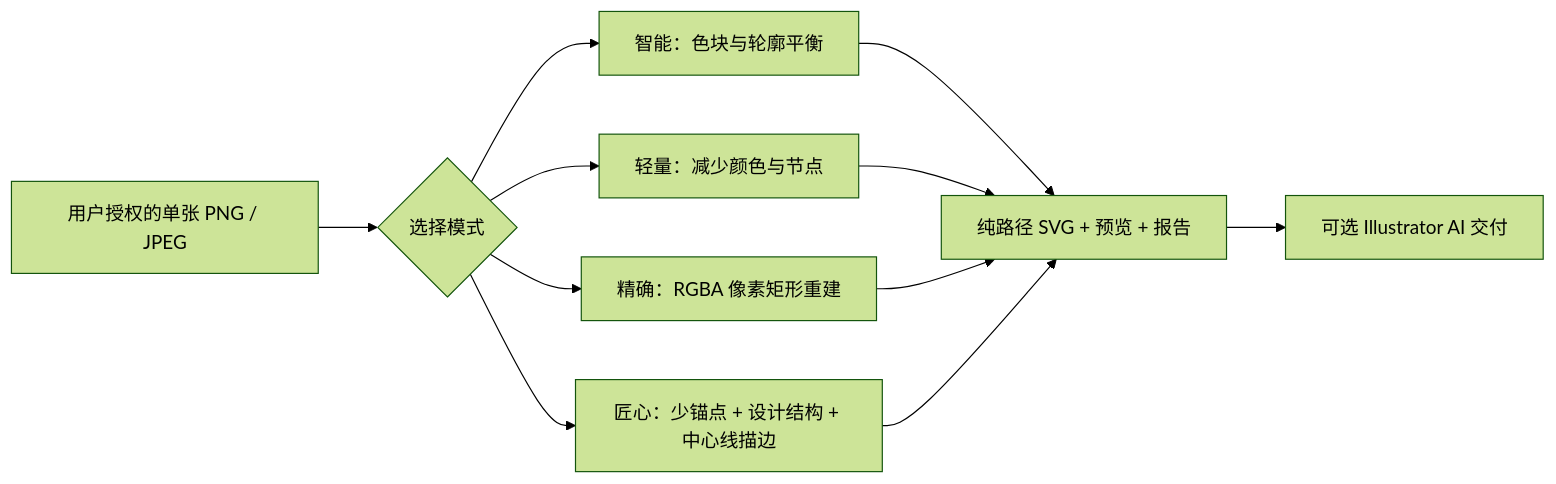
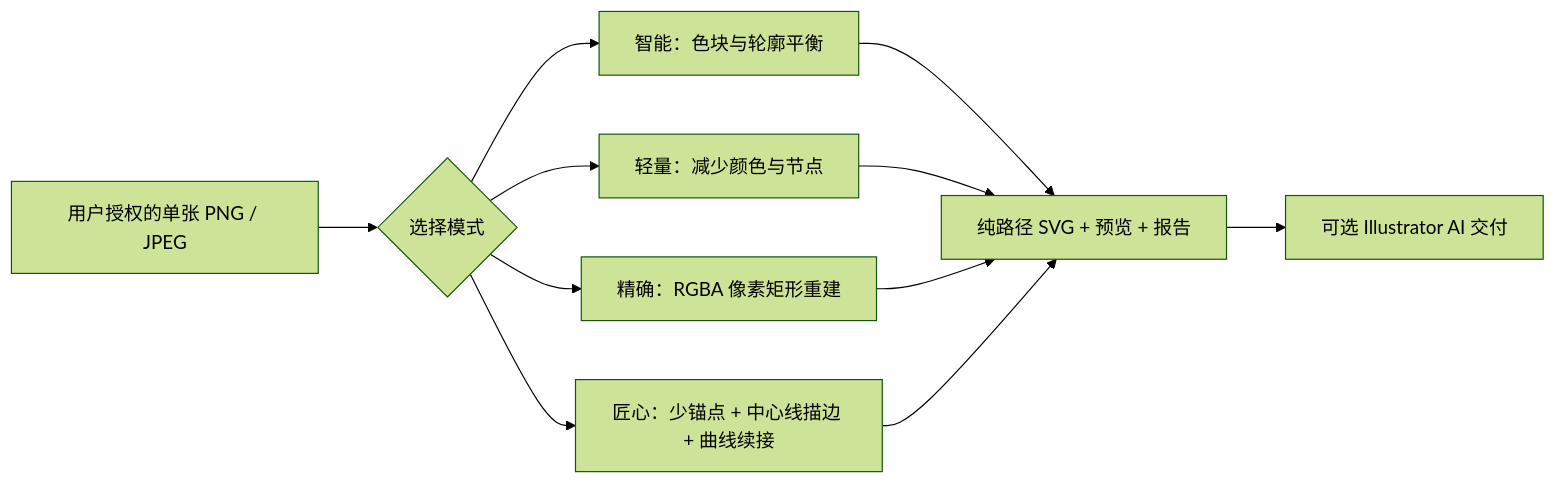
One commit to jianbaorui07-dot/Codex-Integration-with-Creative-Industry-Software changed the first of 2 diagrams in README.md. Above: the diagram before and after it, drawn with Mermaid (forest theme). The commit also changed other lines of this file and 8 other files, not shown here.

````diff
--- a/README.md
+++ b/README.md
@@ -14,13 +14,13 @@
 ```mermaid
 flowchart LR
   A["用户授权的单张 PNG / JPEG"] --> B{"选择模式"}
   B --> C["智能：色块与轮廓平衡"]
   B --> D["轻量：减少颜色与节点"]
   B --> E["精确：RGBA 像素矩形重建"]
-  B --> H["匠心：少锚点 + 设计结构 + 中心线描边"]
+  B --> H["匠心：少锚点 + 中心线描边 + 曲线续接"]
   C --> F["纯路径 SVG + 预览 + 报告"]
   D --> F
   E --> F
   H --> F
   F --> G["可选 Illustrator AI 交付"]
 ```
````
